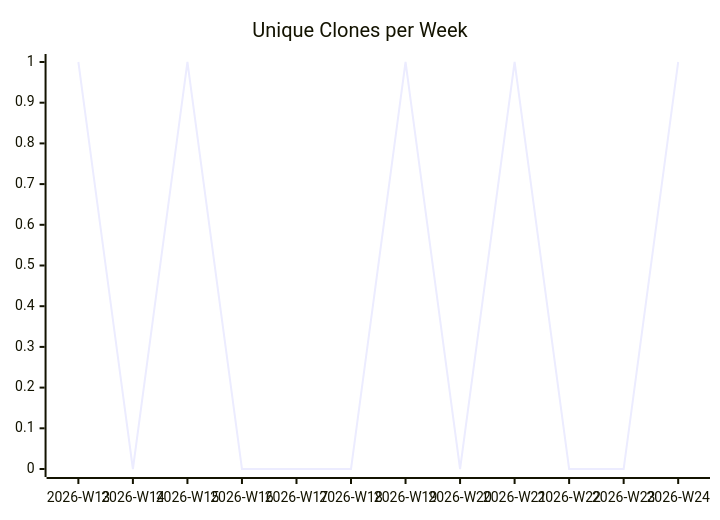
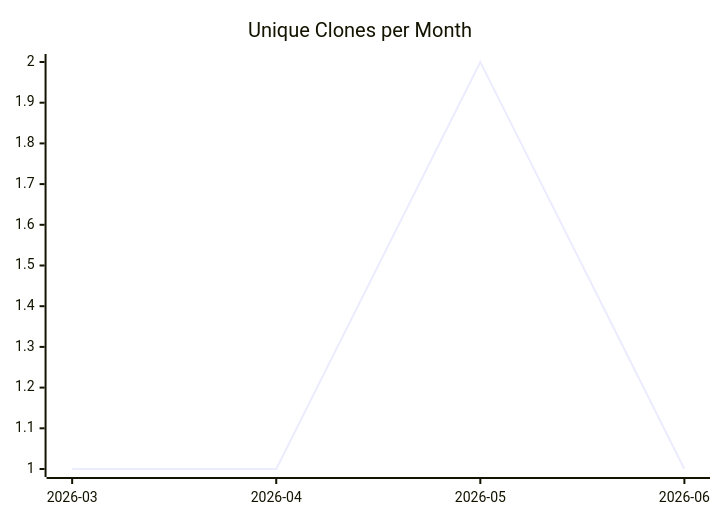
One commit to justdavis-family/github-analytics-data changed the third of 3 diagrams in karlmdavis/ansible-role-acmetool/README.md. Above: the diagram before and after it, drawn with Mermaid. The commit also changed other lines of this file and 198 other files, not shown here.

````diff
--- a/karlmdavis/ansible-role-acmetool/README.md
+++ b/karlmdavis/ansible-role-acmetool/README.md
@@ -19,6 +19,6 @@
 ```mermaid
 xychart-beta
-  title "Unique Clones per Week"
-  x-axis ["2026-W13", "2026-W14", "2026-W15", "2026-W16", "2026-W17", "2026-W18", "2026-W19", "2026-W20", "2026-W21", "2026-W22", "2026-W23", "2026-W24"]
-  line [1, 0, 1, 0, 0, 0, 1, 0, 1, 0, 0, 1]
+  title "Unique Clones per Month"
+  x-axis ["2026-03", "2026-04", "2026-05", "2026-06"]
+  line [1, 1, 2, 1]
 ```
````
